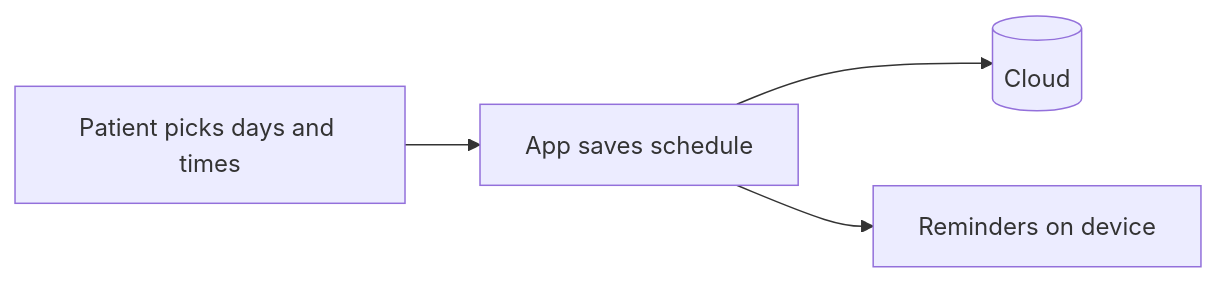
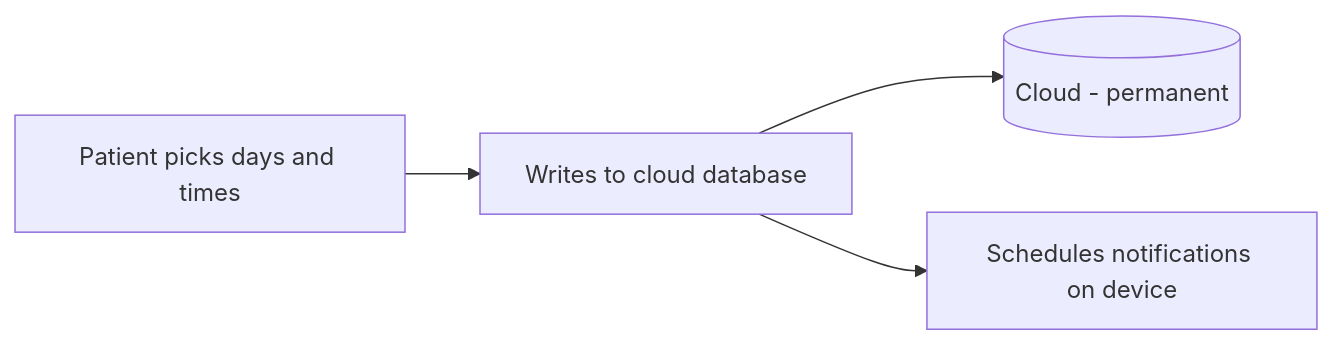
The fifth of 7 diagrams in docs/DATA_STORY_PRESENTATION.md (seanja5/realrehab-mvp), drawn with Mermaid before and after one commit. The commit also changed other lines of this file, not shown here.

Commit message:
Clarify storage in presentation: cloud vs cache vs device file vs queue

````diff
--- a/docs/DATA_STORY_PRESENTATION.md
+++ b/docs/DATA_STORY_PRESENTATION.md
@@ -82,6 +86,6 @@
 ```mermaid
 flowchart LR
-    A[Patient picks days and times] --> B[App saves schedule]
-    B --> C[(Cloud)] 
-    B --> D[Reminders on device]
+    A[Patient picks days and times] --> B[Writes to cloud database]
+    B --> C[(Cloud - permanent)]
+    B --> D[Schedules notifications on device]
 ```
````
